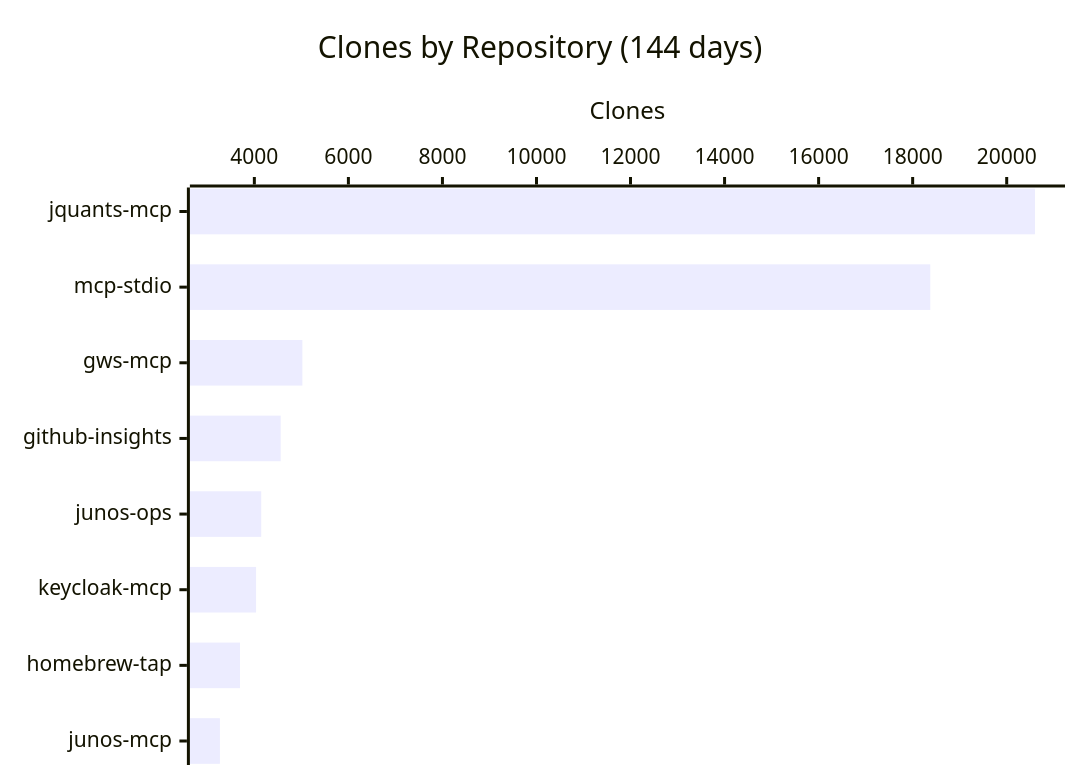
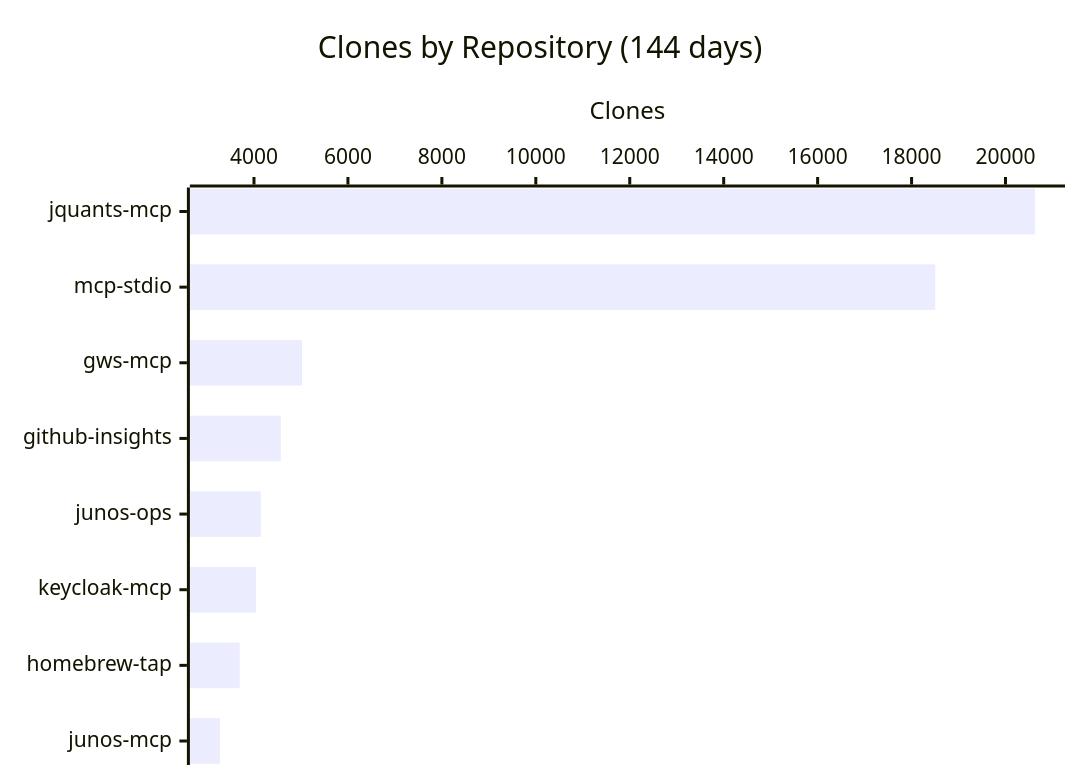
One commit to shigechika/github-insights changed the fourth of 4 diagrams in README.md. Above: the diagram before and after it, drawn with Mermaid. The commit also changed other lines of this file and 2 other files, not shown here.

````diff
--- a/README.md
+++ b/README.md
@@ -58,7 +58,7 @@
 ```mermaid
 xychart-beta horizontal
     title "Clones by Repository (144 days)"
     x-axis ["jquants-mcp", "mcp-stdio", "gws-mcp", "github-insights", "junos-ops", "keycloak-mcp", "homebrew-tap", "junos-mcp"]
     y-axis "Clones"
-    bar [20601, 18375, 5021, 4560, 4146, 4037, 3694, 3268]
+    bar [20627, 18505, 5022, 4572, 4146, 4042, 3695, 3275]
 ```
````
